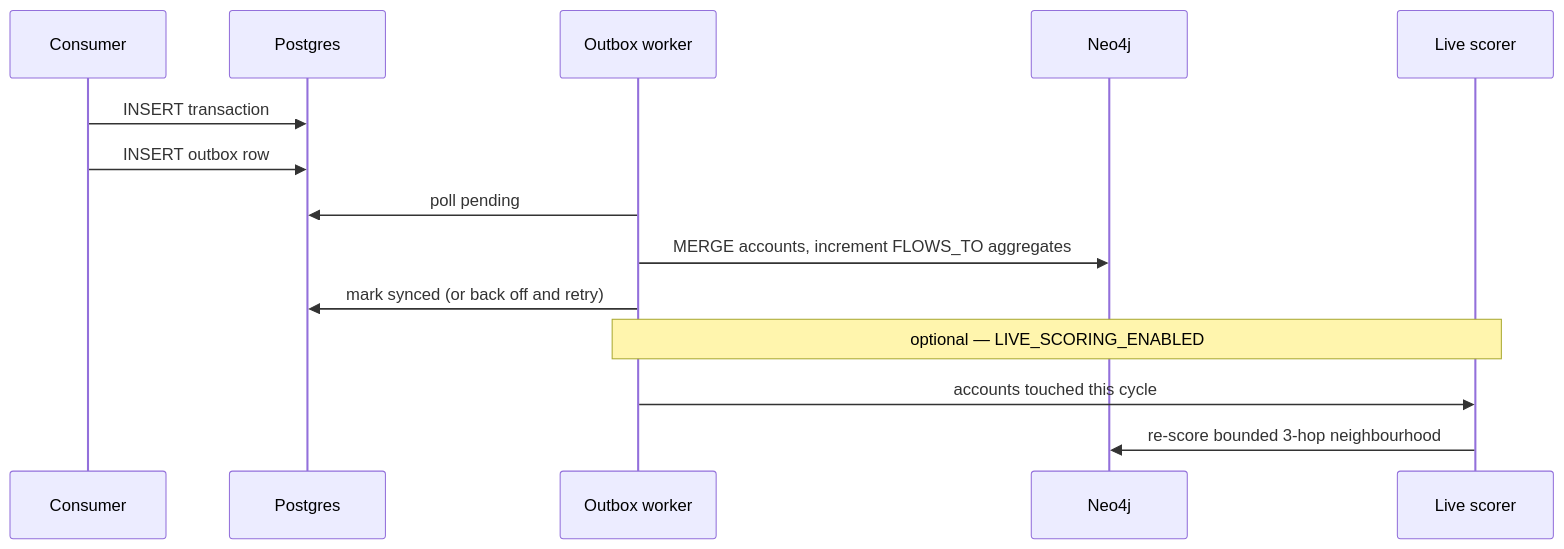
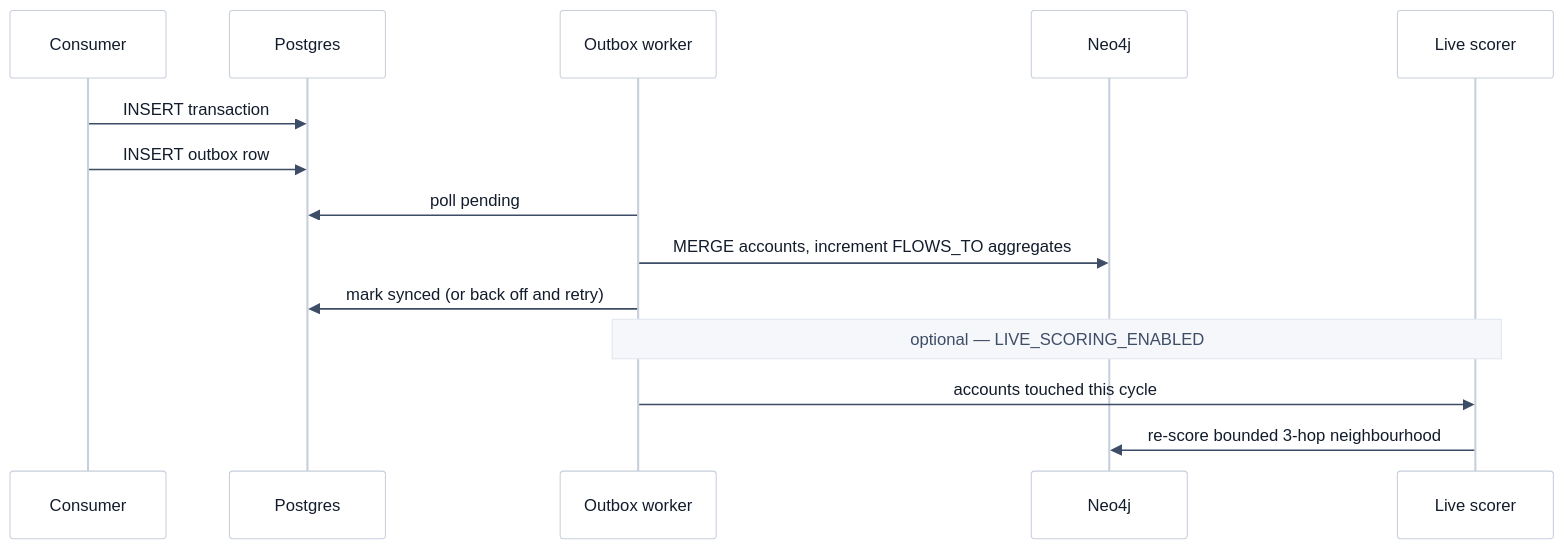
One commit to PoneeshKumar/FlowGraph changed the second of 2 diagrams in README.md. Above: the diagram before and after it, drawn with Mermaid. The commit also changed other lines of this file, not shown here.

Commit message:
docs: theme the mermaid diagrams to match the product palette
GitHub's default mermaid theme renders subgraphs as bright yellow, which fights the five light-UI screenshots around it.

Claude-Session: https://claude.ai/code/session_018xPxkAKNFHoTWFQ7fMoqkc

````diff
--- a/README.md
+++ b/README.md
@@ -74,16 +79,23 @@
 ```mermaid
+%%{init: {'theme':'base','themeVariables':{
+  'fontFamily':'ui-sans-serif, system-ui, sans-serif','fontSize':'14px',
+  'primaryColor':'#ffffff','primaryTextColor':'#131c2b','primaryBorderColor':'#c7cfdb',
+  'lineColor':'#8b98ad','signalColor':'#3e4d66','signalTextColor':'#131c2b',
+  'actorBkg':'#ffffff','actorBorder':'#c7cfdb','actorTextColor':'#131c2b',
+  'labelBoxBkg':'#f5f7fa','labelBoxBorderColor':'#e2e7ee','noteBkgColor':'#f5f7fa',
+  'noteBorderColor':'#e2e7ee','noteTextColor':'#3e4d66'}}}%%
 sequenceDiagram
     participant C as Consumer
     participant P as Postgres
     participant W as Outbox worker
     participant N as Neo4j
     participant S as Live scorer
     C->>P: INSERT transaction
     C->>P: INSERT outbox row
     W->>P: poll pending
     W->>N: MERGE accounts, increment FLOWS_TO aggregates
     W->>P: mark synced (or back off and retry)
     Note over W,S: optional — LIVE_SCORING_ENABLED
     W->>S: accounts touched this cycle
     S->>N: re-score bounded 3-hop neighbourhood
 ```
````
